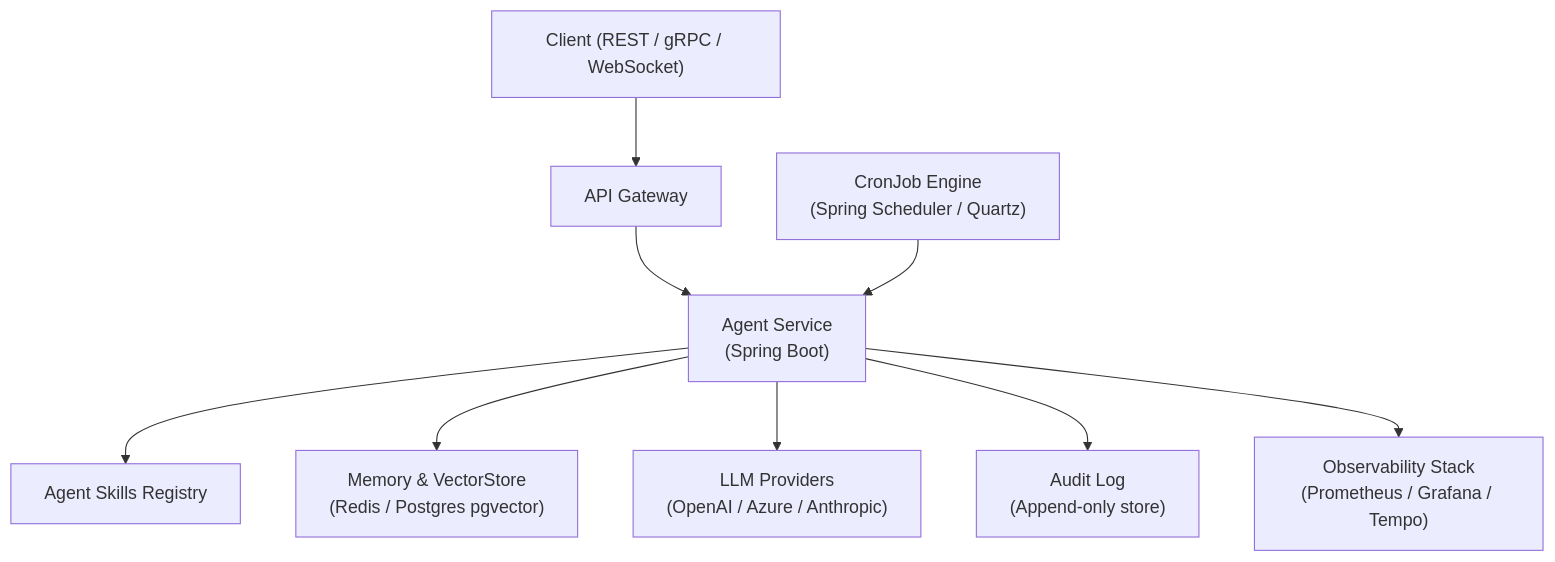
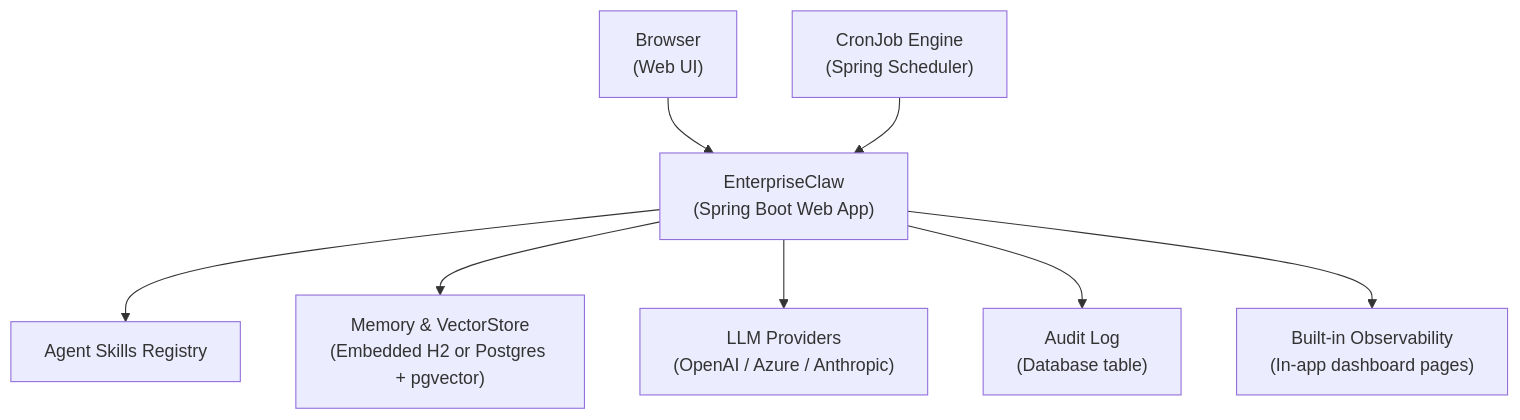
One commit to enterpriseclaw/enterpriseclaw changed the first of 7 diagrams in docs/trd-enterpriseclaw.md. Above: the diagram before and after it, drawn with Mermaid. The commit also changed other lines of this file, not shown here.

````diff
--- a/docs/trd-enterpriseclaw.md
+++ b/docs/trd-enterpriseclaw.md
@@ -69,20 +75,19 @@
 ```mermaid
 flowchart TD
-    Client["Client (REST / gRPC / WebSocket)"]
-    GW["API Gateway"]
-    AgentSvc["Agent Service\n(Spring Boot)"]
+    Browser["Browser\n(Web UI)"]
+    AgentSvc["EnterpriseClaw\n(Spring Boot Web App)"]
     Skills["Agent Skills Registry"]
-    MemoryStore["Memory & VectorStore\n(Redis / Postgres pgvector)"]
+    MemoryStore["Memory & VectorStore\n(Embedded H2 or Postgres + pgvector)"]
     LLM["LLM Providers\n(OpenAI / Azure / Anthropic)"]
-    CronEngine["CronJob Engine\n(Spring Scheduler / Quartz)"]
-    ObsStack["Observability Stack\n(Prometheus / Grafana / Tempo)"]
-    AuditLog["Audit Log\n(Append-only store)"]
+    CronEngine["CronJob Engine\n(Spring Scheduler)"]
+    AuditLog["Audit Log\n(Database table)"]
+    ObsDash["Built-in Observability\n(In-app dashboard pages)"]
 
-    Client --> GW --> AgentSvc
+    Browser --> AgentSvc
     AgentSvc --> Skills
     AgentSvc --> MemoryStore
     AgentSvc --> LLM
     AgentSvc --> AuditLog
     CronEngine --> AgentSvc
-    AgentSvc --> ObsStack
+    AgentSvc --> ObsDash
 ```
````
